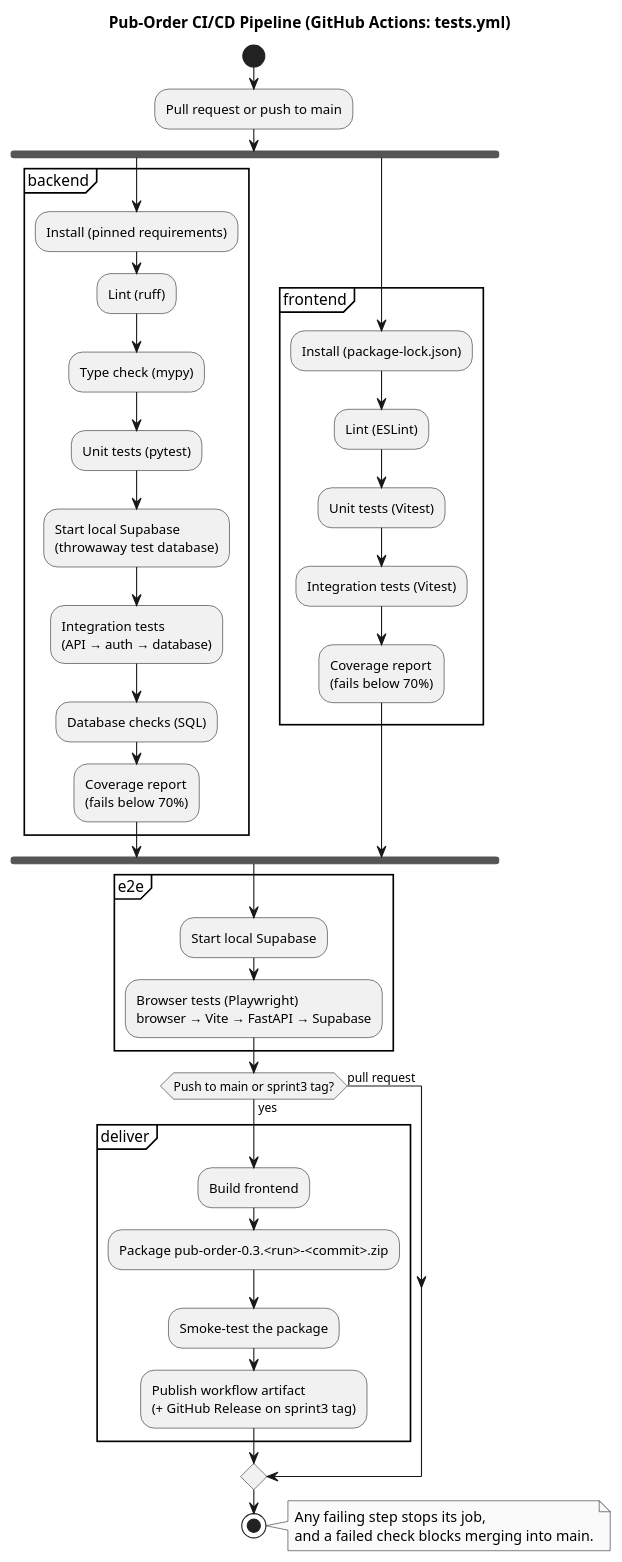
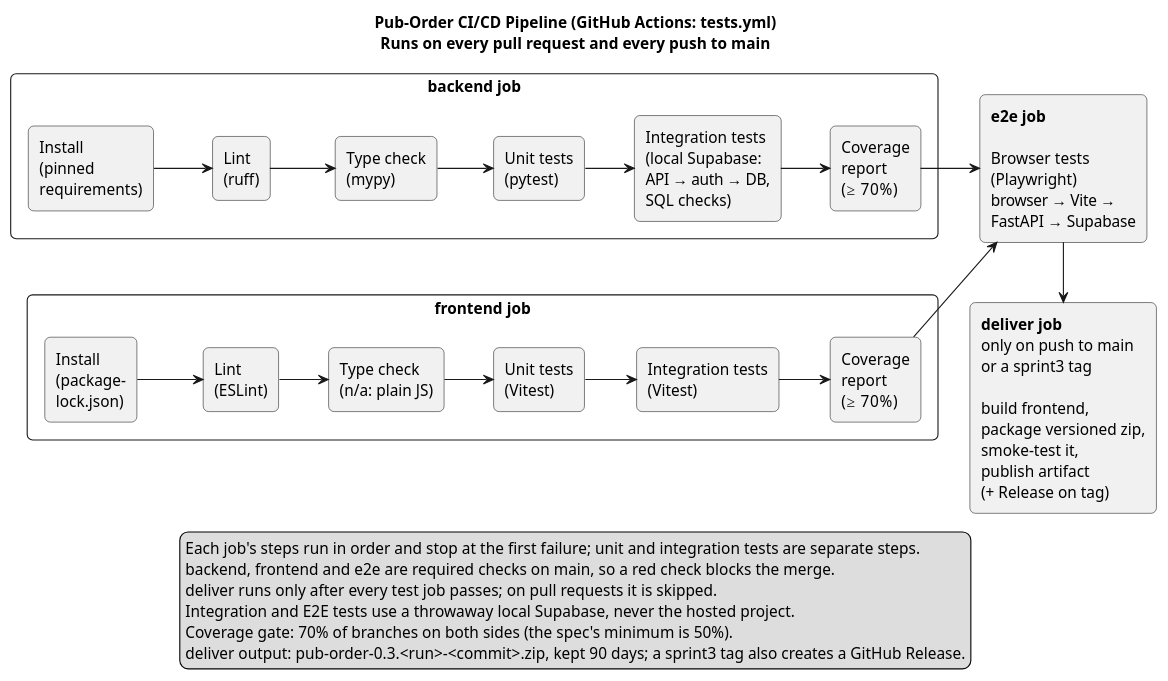
Before and after one commit to hamayunrz/Pub-Order: the diagram in docs/diagrams/05-ci-pipeline.puml, drawn with PlantUML. The commit also changed 2 other files, not shown here.

Commit message:
Redraw CI pipeline diagram in a wide layout

```diff
--- a/docs/diagrams/05-ci-pipeline.puml
+++ b/docs/diagrams/05-ci-pipeline.puml
@@ -1,47 +1,60 @@
 @startuml
-title Pub-Order CI/CD Pipeline (GitHub Actions: tests.yml)
+title
+  Pub-Order CI/CD Pipeline (GitHub Actions: tests.yml)
+  Runs on every pull request and every push to main
+end title
+left to right direction
 skinparam monochrome true
 skinparam shadowing false
 skinparam defaultFontName SansSerif
+skinparam rectangleRoundCorner 10
+skinparam nodesep 55
+skinparam ranksep 45
+skinparam packageStyle rectangle
 
-start
-:Pull request or push to main;
-fork
-  partition "backend" {
-    :Install (pinned requirements);
-    :Lint (ruff);
-    :Type check (mypy);
-    :Unit tests (pytest);
-    :Start local Supabase\n(throwaway test database);
-    :Integration tests\n(API → auth → database);
-    :Database checks (SQL);
-    :Coverage report\n(fails below 70%);
-  }
-fork again
-  partition "frontend" {
-    :Install (package-lock.json);
-    :Lint (ESLint);
-    :Unit tests (Vitest);
-    :Integration tests (Vitest);
-    :Coverage report\n(fails below 70%);
-  }
-end fork
-partition "e2e" {
-  :Start local Supabase;
-  :Browser tests (Playwright)\nbrowser → Vite → FastAPI → Supabase;
+package "backend job" {
+  rectangle "Install\n(pinned\nrequirements)" as B1
+  rectangle "Lint\n(ruff)" as B2
+  rectangle "Type check\n(mypy)" as B3
+  rectangle "Unit tests\n(pytest)" as B4
+  rectangle "Integration tests\n(local Supabase:\nAPI → auth → DB,\nSQL checks)" as B5
+  rectangle "Coverage\nreport\n(≥ 70%)" as B6
 }
-if (Push to main or sprint3 tag?) then (yes)
-  partition "deliver" {
-    :Build frontend;
-    :Package pub-order-0.3.<run>-<commit>.zip;
-    :Smoke-test the package;
-    :Publish workflow artifact\n(+ GitHub Release on sprint3 tag);
-  }
-else (pull request)
-endif
-stop
-note right
-  Any failing step stops its job,
-  and a failed check blocks merging into main.
-end note
+
+package "frontend job" {
+  rectangle "Install\n(package-\nlock.json)" as F1
+  rectangle "Lint\n(ESLint)" as F2
+  rectangle "Type check\n(n/a: plain JS)" as F3
+  rectangle "Unit tests\n(Vitest)" as F4
+  rectangle "Integration tests\n(Vitest)" as F5
+  rectangle "Coverage\nreport\n(≥ 70%)" as F6
+}
+
+rectangle "<b>e2e job</b>\n\nBrowser tests\n(Playwright)\nbrowser → Vite →\nFastAPI → Supabase" as E1
+
+rectangle "<b>deliver job</b>\nonly on push to main\nor a sprint3 tag\n\nbuild frontend,\npackage versioned zip,\nsmoke-test it,\npublish artifact\n(+ Release on tag)" as D1
+
+B1 --> B2
+B2 --> B3
+B3 --> B4
+B4 --> B5
+B5 --> B6
+F1 --> F2
+F2 --> F3
+F3 --> F4
+F4 --> F5
+F5 --> F6
+B6 --> E1
+F6 --> E1
+F6 -[hidden]-> D1
+E1 -[norank]-> D1
+
+legend bottom
+  Each job's steps run in order and stop at the first failure; unit and integration tests are separate steps.
+  backend, frontend and e2e are required checks on main, so a red check blocks the merge.
+  deliver runs only after every test job passes; on pull requests it is skipped.
+  Integration and E2E tests use a throwaway local Supabase, never the hosted project.
+  Coverage gate: 70% of branches on both sides (the spec's minimum is 50%).
+  deliver output: pub-order-0.3.<run>-<commit>.zip, kept 90 days; a sprint3 tag also creates a GitHub Release.
+endlegend
 @enduml
```
